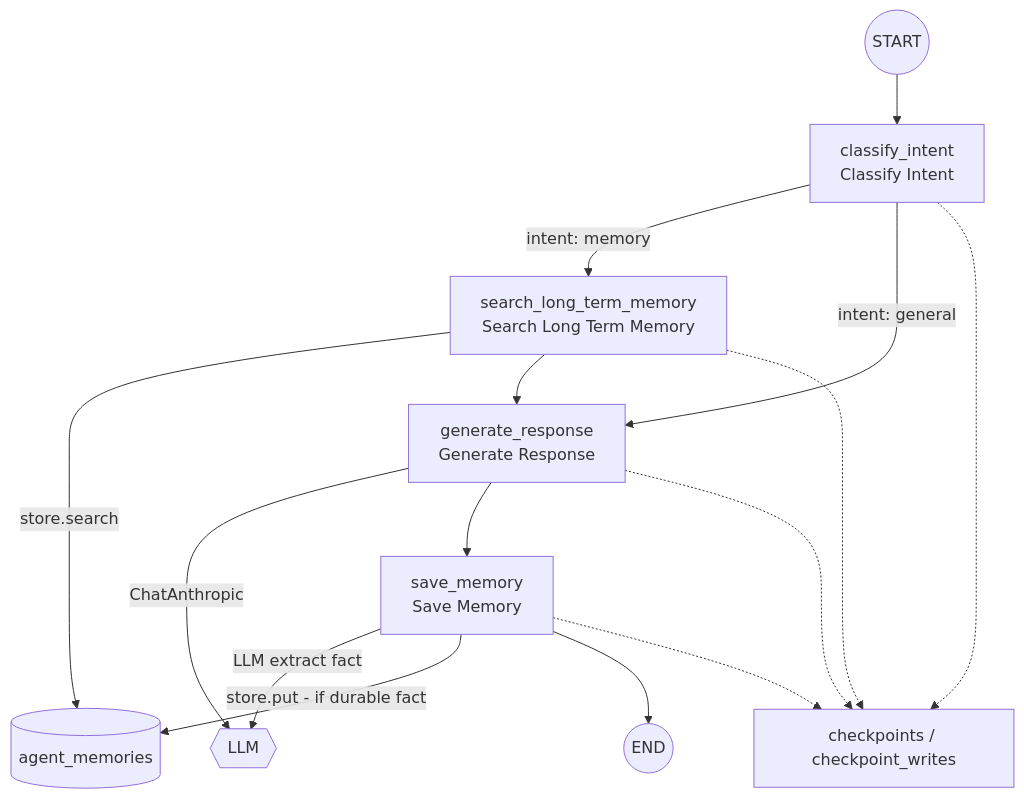
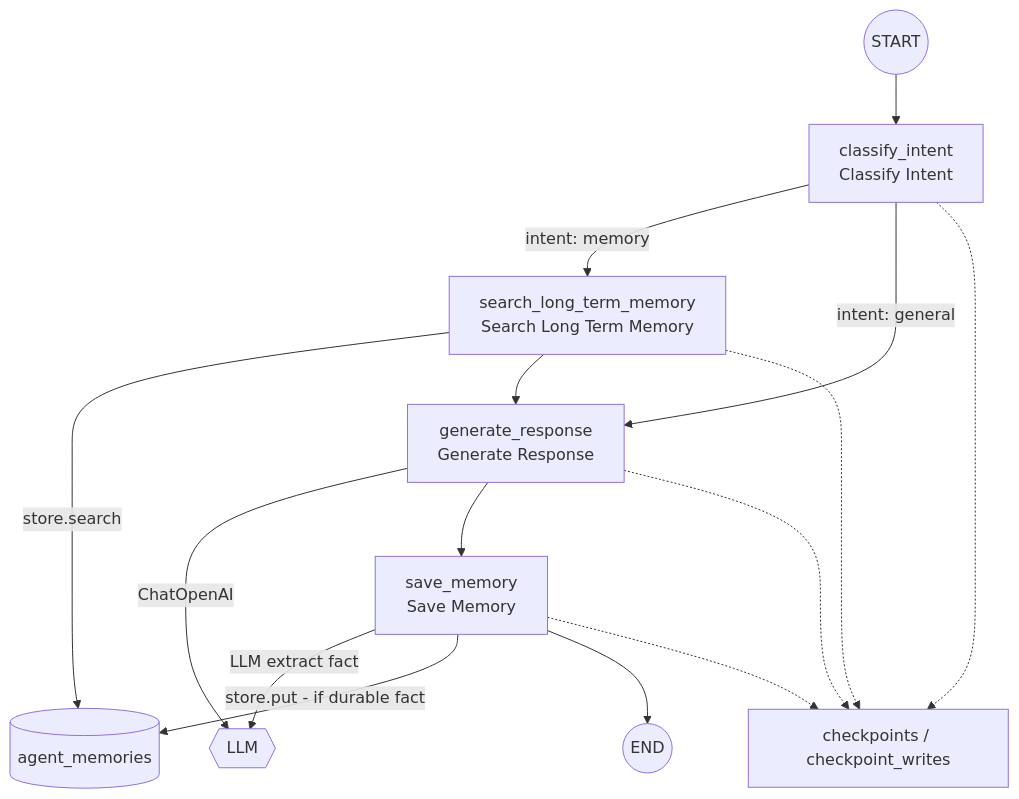
Before and after one commit to newellbrandon/pensive-langchain: the second of 2 diagrams in README.md, drawn with Mermaid. The commit also changed other lines of this file and 4 other files, not shown here.

````diff
--- a/README.md
+++ b/README.md
@@ -32,22 +32,22 @@
 ```mermaid
 flowchart TD
   startNode((START)) --> classify["classify_intent<br/>Classify Intent"]
 
   classify -->|"intent: memory"| search["search_long_term_memory<br/>Search Long Term Memory"]
   classify -->|"intent: general"| generate["generate_response<br/>Generate Response"]
 
   search -->|store.search| agentMem[(agent_memories)]
   search --> generate
 
-  generate -->|ChatAnthropic| llmNode{{LLM}}
+  generate -->|ChatOpenAI| llmNode{{LLM}}
   generate --> save["save_memory<br/>Save Memory"]
 
   save -->|LLM extract fact| llmNode
   save -->|"store.put - if durable fact"| agentMem
   save --> endNode((END))
 
   classify -.-> cpNote["checkpoints / checkpoint_writes"]
   search -.-> cpNote
   generate -.-> cpNote
   save -.-> cpNote
 ```
````
